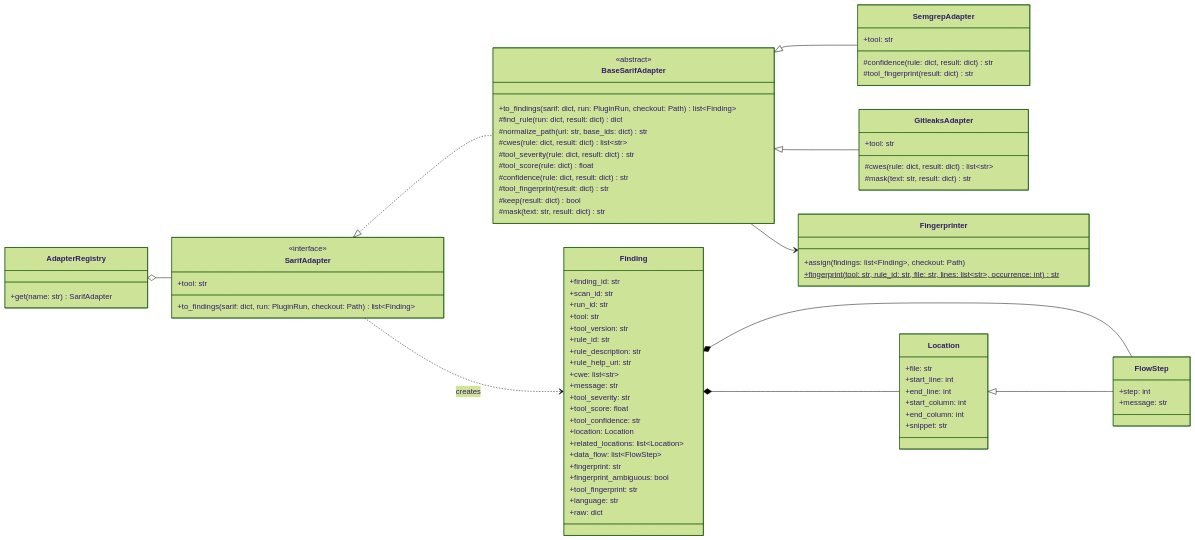
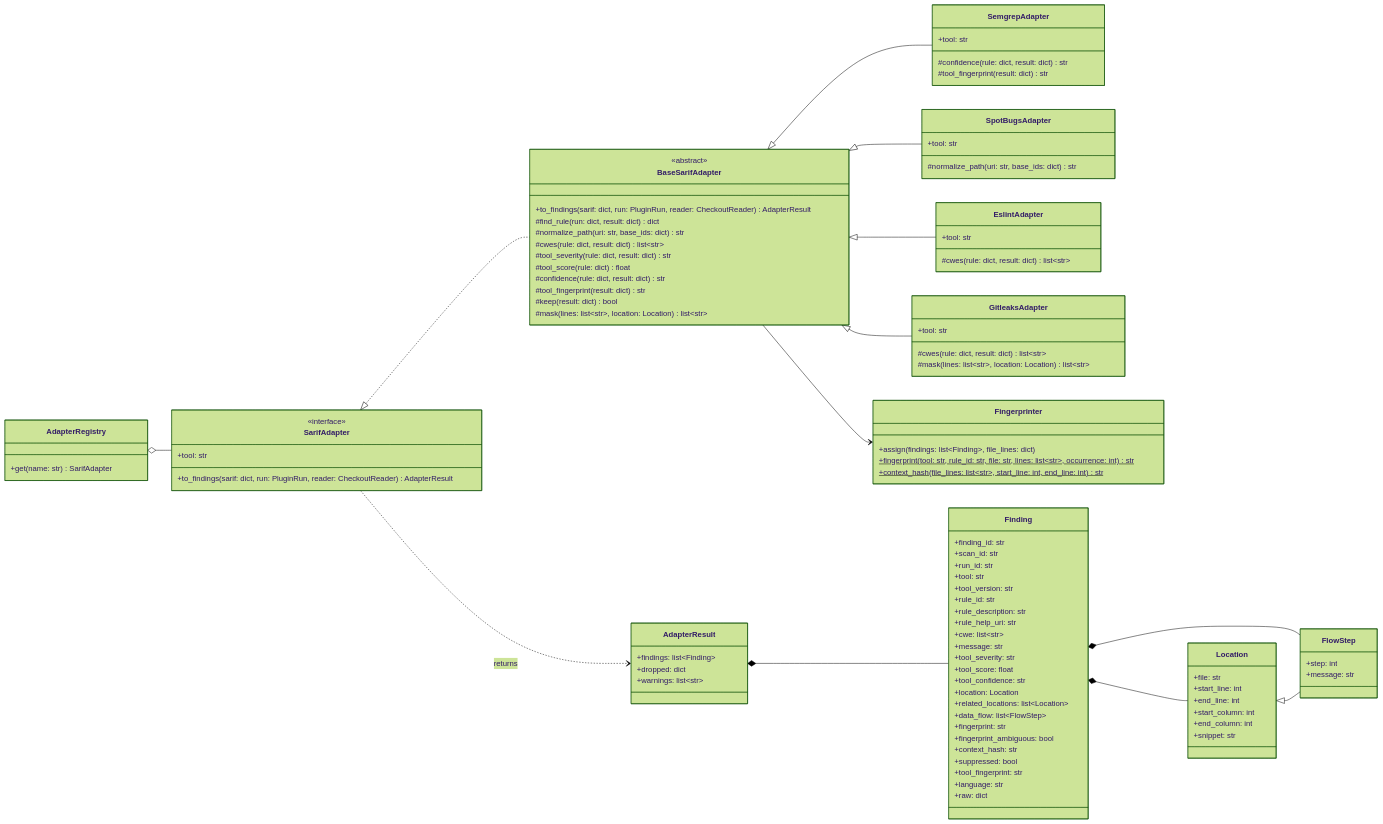
The second of 4 diagrams in docs/class-diagrams.md (sieve-ku-comp491/sieve), drawn with Mermaid (forest theme) before and after one commit. The commit also changed other lines of this file, not shown here.

First line of the commit message:
docs: give every runner and adapter task an owner in the classes

```diff
--- a/docs/class-diagrams.md
+++ b/docs/class-diagrams.md
@@ -142,11 +178,11 @@
   class SarifAdapter {
     <<interface>>
     +tool: str
-    +to_findings(sarif: dict, run: PluginRun, checkout: Path) list~Finding~
+    +to_findings(sarif: dict, run: PluginRun, reader: CheckoutReader) AdapterResult
   }
   class BaseSarifAdapter {
     <<abstract>>
-    +to_findings(sarif: dict, run: PluginRun, checkout: Path) list~Finding~
+    +to_findings(sarif: dict, run: PluginRun, reader: CheckoutReader) AdapterResult
     #find_rule(run: dict, result: dict) dict
     #normalize_path(uri: str, base_ids: dict) str
     #cwes(rule: dict, result: dict) list~str~
@@ -155,24 +191,38 @@
     #confidence(rule: dict, result: dict) str
     #tool_fingerprint(result: dict) str
     #keep(result: dict) bool
-    #mask(text: str, result: dict) str
+    #mask(lines: list~str~, location: Location) list~str~
   }
   class SemgrepAdapter {
     +tool: str
     #confidence(rule: dict, result: dict) str
     #tool_fingerprint(result: dict) str
   }
+  class SpotBugsAdapter {
+    +tool: str
+    #normalize_path(uri: str, base_ids: dict) str
+  }
+  class EslintAdapter {
+    +tool: str
+    #cwes(rule: dict, result: dict) list~str~
+  }
   class GitleaksAdapter {
     +tool: str
     #cwes(rule: dict, result: dict) list~str~
-    #mask(text: str, result: dict) str
+    #mask(lines: list~str~, location: Location) list~str~
   }
   class AdapterRegistry {
     +get(name: str) SarifAdapter
   }
+  class AdapterResult {
+    +findings: list~Finding~
+    +dropped: dict
+    +warnings: list~str~
+  }
   class Fingerprinter {
-    +assign(findings: list~Finding~, checkout: Path)
+    +assign(findings: list~Finding~, file_lines: dict)
     +fingerprint(tool: str, rule_id: str, file: str, lines: list~str~, occurrence: int)$ str
+    +context_hash(file_lines: list~str~, start_line: int, end_line: int)$ str
   }
   class Finding {
     +finding_id: str
@@ -193,6 +243,8 @@
     +data_flow: list~FlowStep~
     +fingerprint: str
     +fingerprint_ambiguous: bool
+    +context_hash: str
+    +suppressed: bool
     +tool_fingerprint: str
     +language: str
     +raw: dict
@@ -212,10 +264,13 @@
 
   SarifAdapter <|.. BaseSarifAdapter
   BaseSarifAdapter <|-- SemgrepAdapter
+  BaseSarifAdapter <|-- SpotBugsAdapter
+  BaseSarifAdapter <|-- EslintAdapter
   BaseSarifAdapter <|-- GitleaksAdapter
   AdapterRegistry o-- SarifAdapter
   BaseSarifAdapter --> Fingerprinter
-  SarifAdapter ..> Finding : creates
+  SarifAdapter ..> AdapterResult : returns
+  AdapterResult *-- Finding
   Finding *-- Location
   Finding *-- FlowStep
   Location <|-- FlowStep
```
